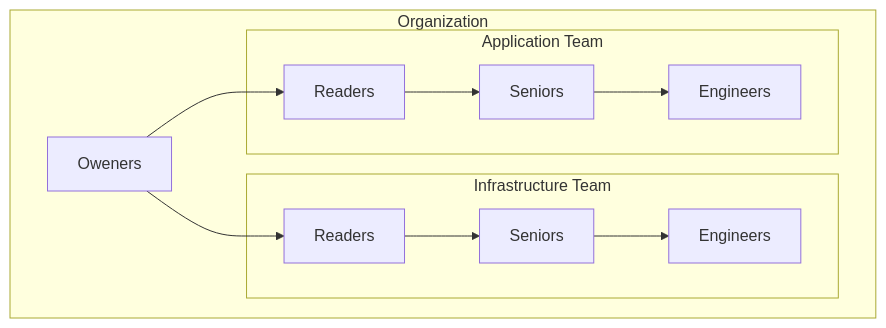
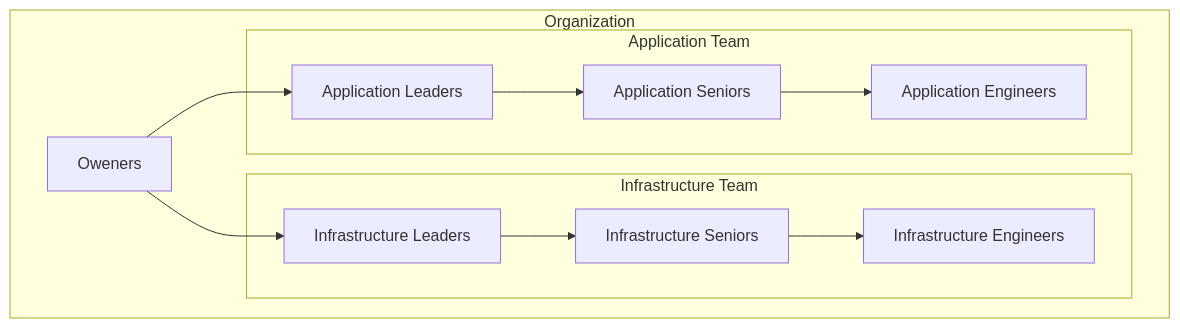
One commit to becchi78/GitHub_BasicDesign changed the second of 2 diagrams in README.md. Above: the diagram before and after it, drawn with Mermaid. The commit also changed other lines of this file, not shown here.

````diff
--- a/README.md
+++ b/README.md
@@ -84,17 +84,17 @@
 ```mermaid
 graph TD
    subgraph Organization
-      A[Oweners] --> B[Readers]
-      A --> C[Readers]
+      A[Oweners] --> B[Infrastructure Leaders]
+      A --> C[Application Leaders]
 
    subgraph Infrastructure Team
-      B --> D[Seniors]
-      D --> E[Engineers]
+      B --> D[Infrastructure Seniors]
+      D --> E[Infrastructure Engineers]
    end
 
    subgraph Application Team
-      C --> F[Seniors]
-      F --> G[Engineers]
+      C --> F[Application Seniors]
+      F --> G[Application Engineers]
    end
    end
 ```
````
